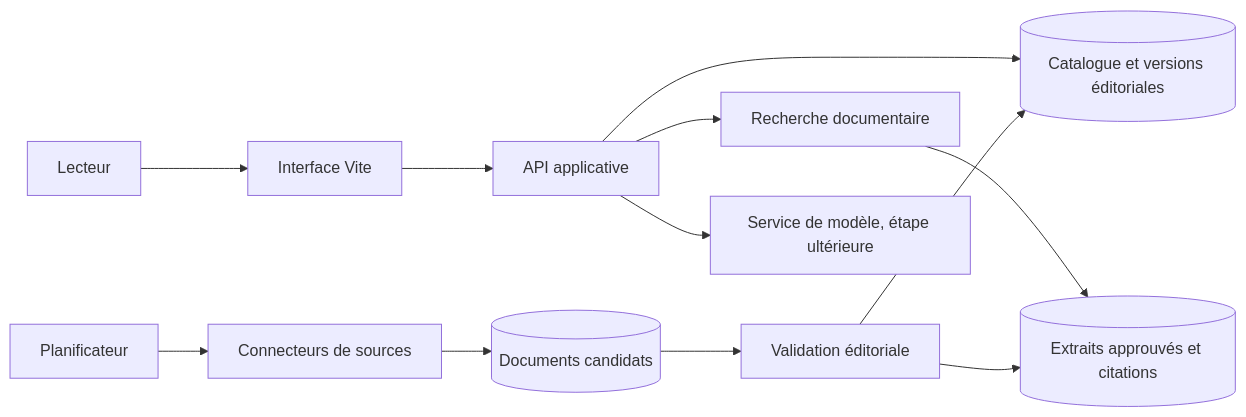
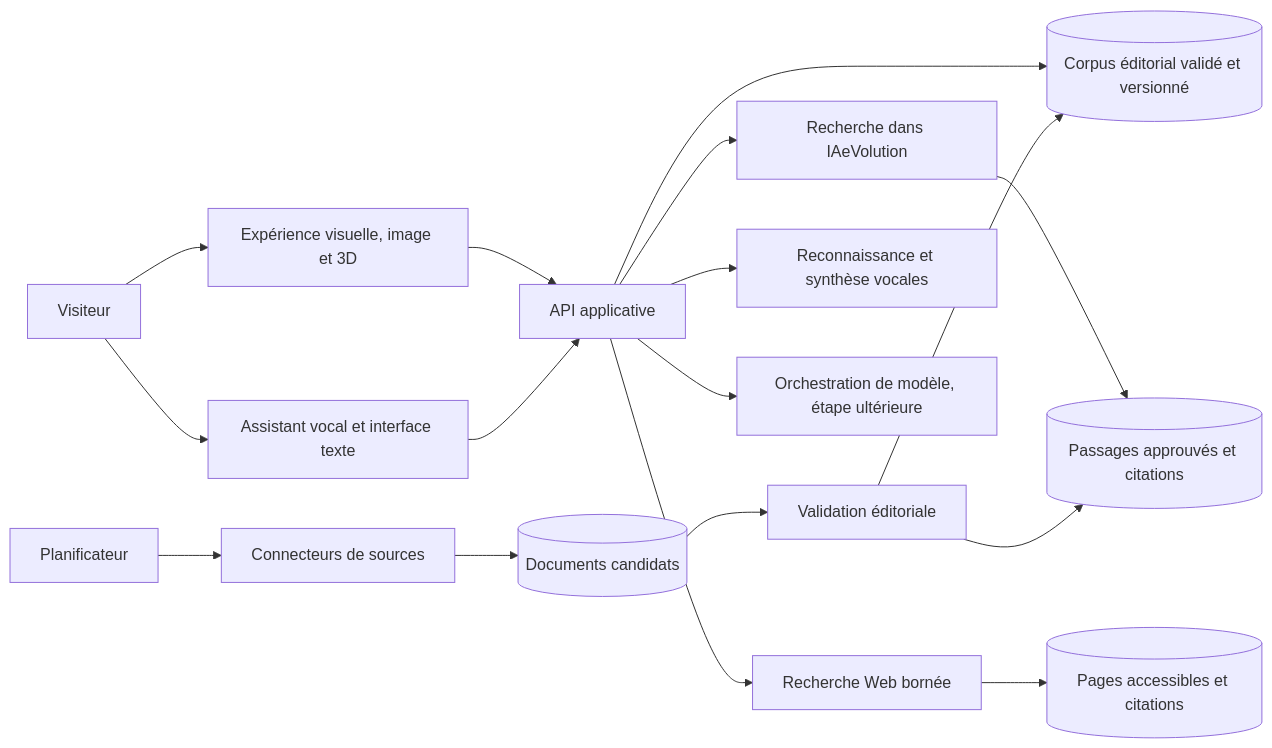
Before and after one commit to Dev-Djelloul/IAeVolution: the diagram in docs/architecture-technique.md, drawn with Mermaid. The commit also changed other lines of this file and 1 other file, not shown here.

````diff
--- a/docs/architecture-technique.md
+++ b/docs/architecture-technique.md
@@ -17,14 +30,19 @@
 ```mermaid
 flowchart LR
-  Visitor[Lecteur] --> Web[Interface Vite]
-  Web --> API[API applicative]
-  API --> Catalog[(Catalogue et versions éditoriales)]
-  API --> Search[Recherche documentaire]
-  Search --> Evidence[(Extraits approuvés et citations)]
+  Visitor[Visiteur] --> Experience[Expérience visuelle, image et 3D]
+  Visitor --> Voice[Assistant vocal et interface texte]
+  Experience --> API[API applicative]
+  Voice --> API
+  API --> Catalog[(Corpus éditorial validé et versionné)]
+  API --> InternalSearch[Recherche dans IAeVolution]
+  InternalSearch --> Evidence[(Passages approuvés et citations)]
+  API --> WebSearch[Recherche Web bornée]
+  WebSearch --> WebEvidence[(Pages accessibles et citations)]
+  API --> Speech[Reconnaissance et synthèse vocales]
+  API --> Model[Orchestration de modèle, étape ultérieure]
   Scheduler[Planificateur] --> Connectors[Connecteurs de sources]
   Connectors --> Candidates[(Documents candidats)]
   Candidates --> Review[Validation éditoriale]
   Review --> Catalog
   Review --> Evidence
-  API --> Model[Service de modèle, étape ultérieure]
 ```
````
